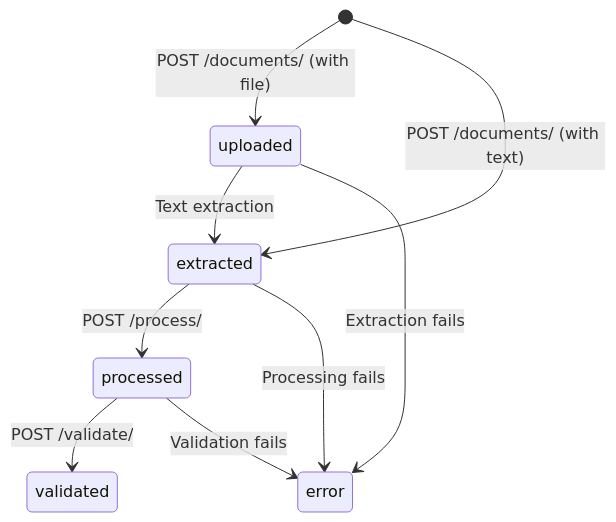
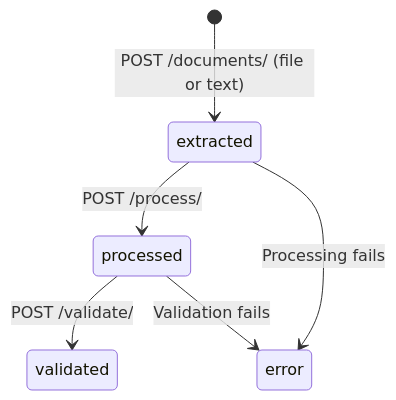
One commit to Atharva-Dhavale/NeuroLex changed the second of 5 diagrams in DOCUMENTATION.md. Above: the diagram before and after it, drawn with Mermaid. The commit also changed other lines of this file and 37 other files, not shown here.

````diff
--- a/DOCUMENTATION.md
+++ b/DOCUMENTATION.md
@@ -542,11 +519,8 @@
 ```mermaid
 stateDiagram-v2
-    [*] --> uploaded : POST /documents/ (with file)
-    [*] --> extracted : POST /documents/ (with text)
-    uploaded --> extracted : Text extraction
+    [*] --> extracted : POST /documents/ (file or text)
     extracted --> processed : POST /process/
     processed --> validated : POST /validate/
-    uploaded --> error : Extraction fails
     extracted --> error : Processing fails
     processed --> error : Validation fails
 ```
````
